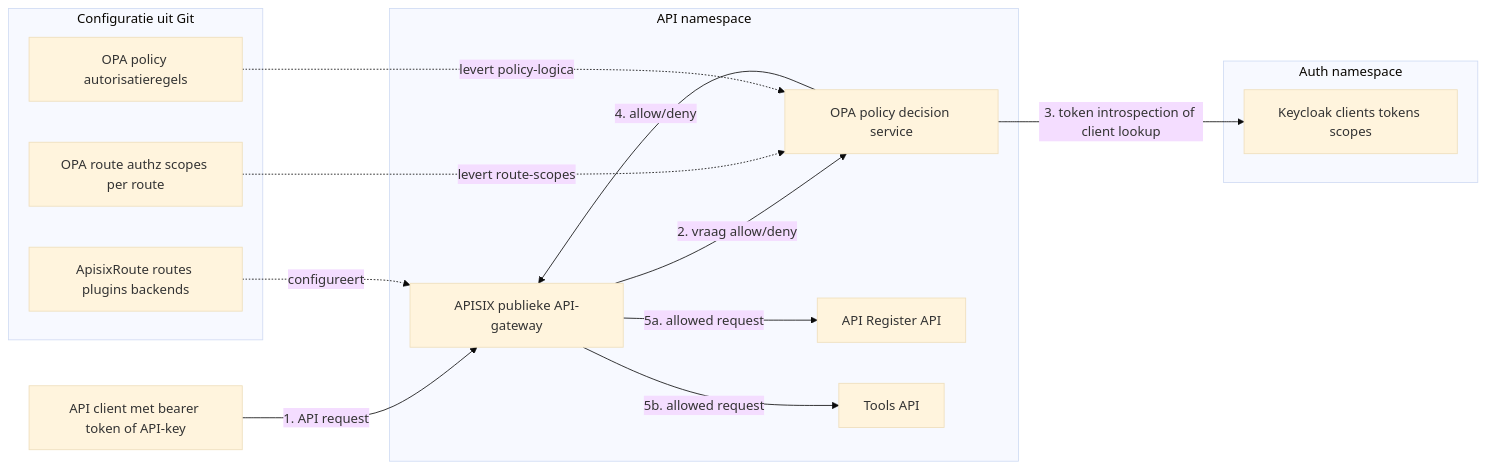
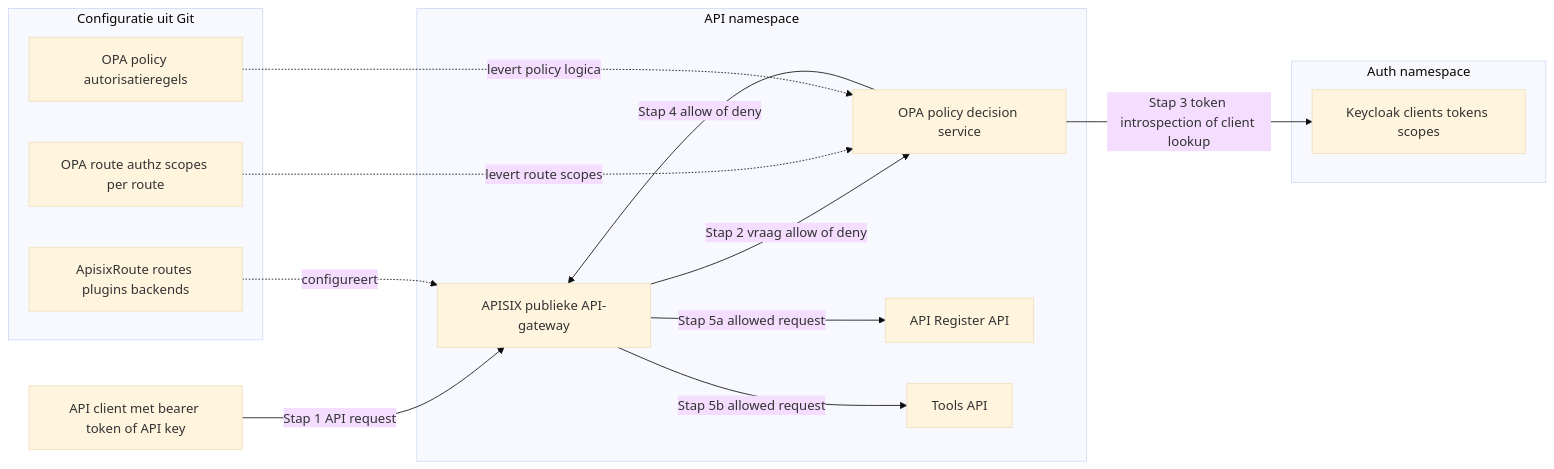
Before and after one commit to developer-overheid-nl/don-site: the diagram in docs/security/authenticatie/apisix-opa-keycloak.md, drawn with Mermaid (base theme).

Commit message:
Fix auth diagram markdown rendering [deploy-test]

````diff
--- a/docs/security/authenticatie/apisix-opa-keycloak.md
+++ b/docs/security/authenticatie/apisix-opa-keycloak.md
@@ -56,32 +56,32 @@
 ```mermaid
 flowchart LR
-    client["API client met bearer token of API-key"]
+    client["API client met bearer token of API key"]
 
     subgraph apiNs["API namespace"]
         apisix["APISIX publieke API-gateway"]
         opa["OPA policy decision service"]
         apiRegister["API Register API"]
         toolsApi["Tools API"]
     end
 
     subgraph authNs["Auth namespace"]
         keycloak["Keycloak clients tokens scopes"]
     end
 
     subgraph gitops["Configuratie uit Git"]
         apisixRoutes["ApisixRoute routes plugins backends"]
         opaRouteAuthz["OPA route authz scopes per route"]
         opaPolicy["OPA policy autorisatieregels"]
     end
 
-    client -->|"1. API request"| apisix
-    apisix -->|"2. vraag allow/deny"| opa
-    opa -->|"3. token introspection of client lookup"| keycloak
-    opa -->|"4. allow/deny"| apisix
-    apisix -->|"5a. allowed request"| apiRegister
-    apisix -->|"5b. allowed request"| toolsApi
+    client -->|"Stap 1 API request"| apisix
+    apisix -->|"Stap 2 vraag allow of deny"| opa
+    opa -->|"Stap 3 token introspection of client lookup"| keycloak
+    opa -->|"Stap 4 allow of deny"| apisix
+    apisix -->|"Stap 5a allowed request"| apiRegister
+    apisix -->|"Stap 5b allowed request"| toolsApi
 
     apisixRoutes -. configureert .-> apisix
-    opaRouteAuthz -. levert route-scopes .-> opa
-    opaPolicy -. levert policy-logica .-> opa
+    opaRouteAuthz -. levert route scopes .-> opa
+    opaPolicy -. levert policy logica .-> opa
 ```
````
